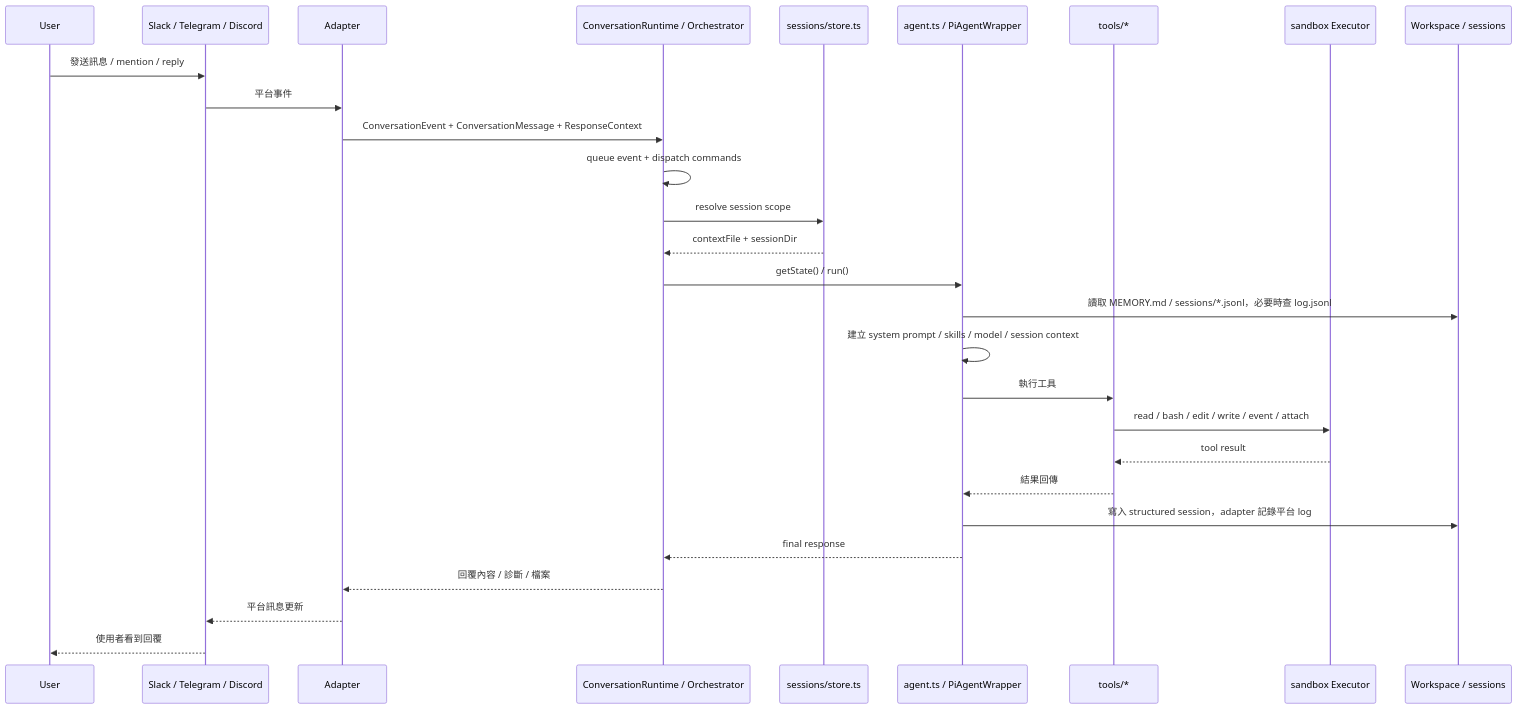
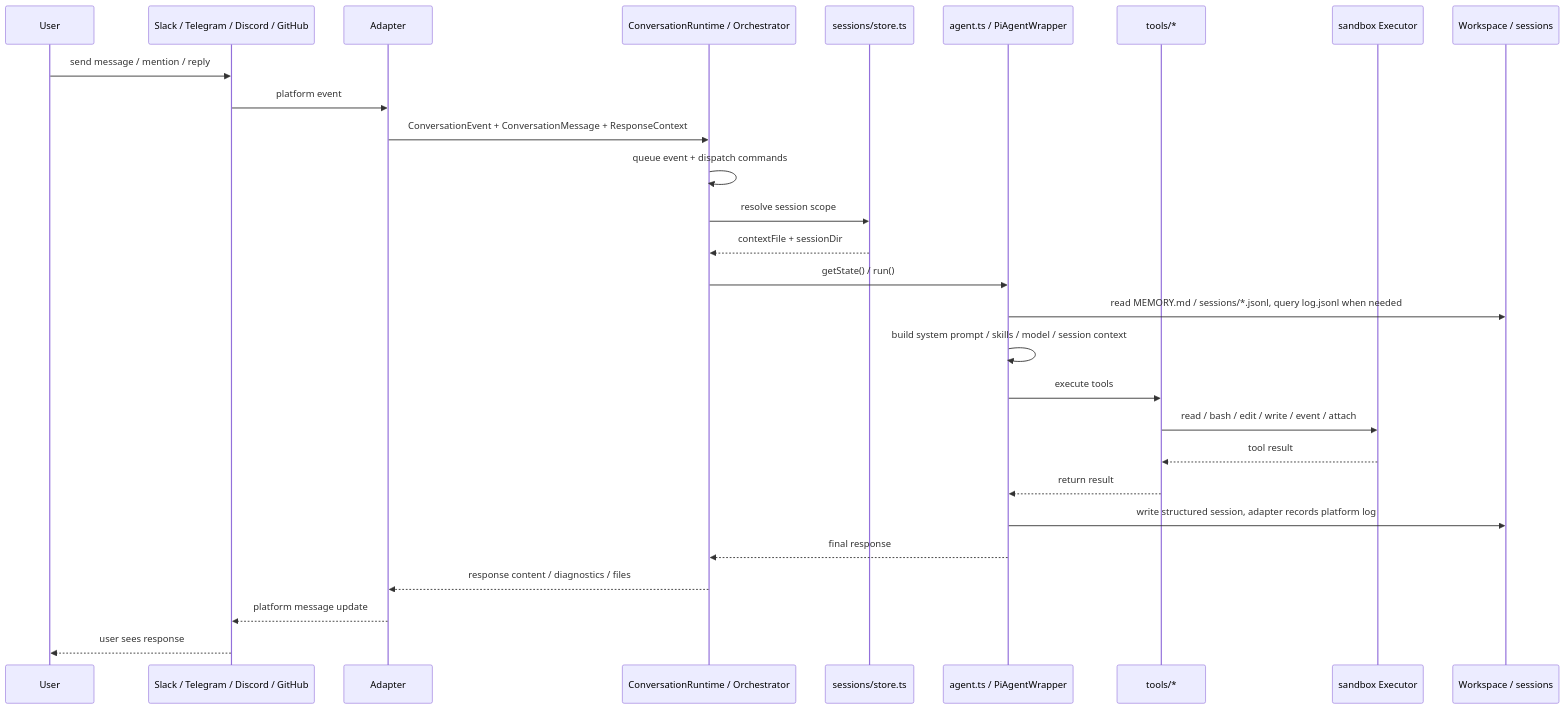
One commit to geminixiang/mikan changed the first of 2 diagrams in src/content/docs/zh-tw/architecture.md. Above: the diagram before and after it, drawn with Mermaid. The commit also changed other lines of this file and 76 other files, not shown here.

````diff
--- a/src/content/docs/zh-tw/architecture.md
+++ b/src/content/docs/zh-tw/architecture.md
@@ -105,31 +104,31 @@
 ```mermaid
 sequenceDiagram
   participant U as User
-  participant P as Slack / Telegram / Discord
+  participant P as Slack / Telegram / Discord / GitHub
   participant A as Adapter
   participant M as ConversationRuntime / Orchestrator
   participant S as sessions/store.ts
   participant R as agent.ts / PiAgentWrapper
   participant T as tools/*
   participant X as sandbox Executor
   participant W as Workspace / sessions
 
-  U->>P: 發送訊息 / mention / reply
-  P->>A: 平台事件
+  U->>P: send message / mention / reply
+  P->>A: platform event
   A->>M: ConversationEvent + ConversationMessage + ResponseContext
   M->>M: queue event + dispatch commands
   M->>S: resolve session scope
   S-->>M: contextFile + sessionDir
   M->>R: getState() / run()
-  R->>W: 讀取 MEMORY.md / sessions/*.jsonl，必要時查 log.jsonl
-  R->>R: 建立 system prompt / skills / model / session context
-  R->>T: 執行工具
+  R->>W: read MEMORY.md / sessions/*.jsonl, query log.jsonl when needed
+  R->>R: build system prompt / skills / model / session context
+  R->>T: execute tools
   T->>X: read / bash / edit / write / event / attach
   X-->>T: tool result
-  T-->>R: 結果回傳
-  R->>W: 寫入 structured session，adapter 記錄平台 log
+  T-->>R: return result
+  R->>W: write structured session, adapter records platform log
   R-->>M: final response
-  M-->>A: 回覆內容 / 診斷 / 檔案
-  A-->>P: 平台訊息更新
-  P-->>U: 使用者看到回覆
+  M-->>A: response content / diagnostics / files
+  A-->>P: platform message update
+  P-->>U: user sees response
 ```
````
